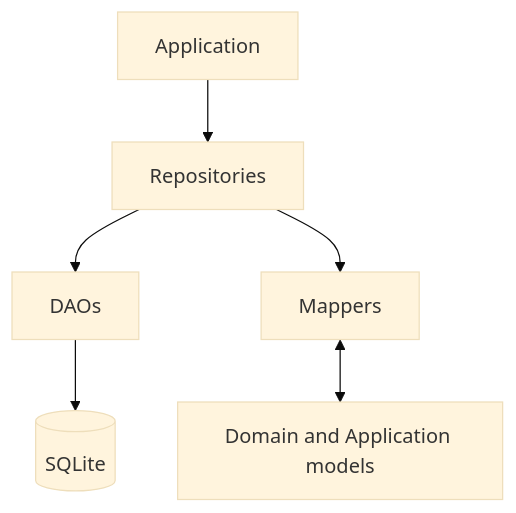
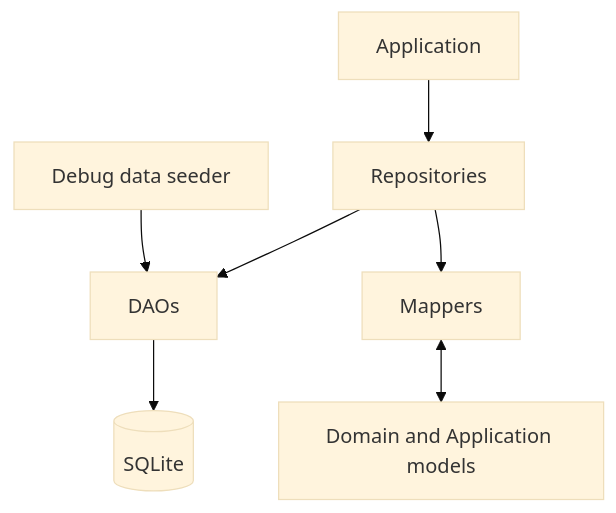
The diagram in docs/architecture/persistence_layer/persistence.md (Antoine-Lagache/psitta), drawn with Mermaid (base theme) before and after one commit. The commit also changed other lines of this file and 7 other files, not shown here.

````diff
--- a/docs/architecture/persistence_layer/persistence.md
+++ b/docs/architecture/persistence_layer/persistence.md
@@ -16,8 +16,9 @@
 ```mermaid
 flowchart TD
     APP["Application"] --> REPOSITORIES["Repositories"]
     REPOSITORIES --> DAOS["DAOs"]
     REPOSITORIES --> MAPPERS["Mappers"]
+    SEEDER["Debug data seeder"] --> DAOS
     DAOS --> DB[(SQLite)]
     MAPPERS <--> MODELS["Domain and Application models"]
 ```
````
